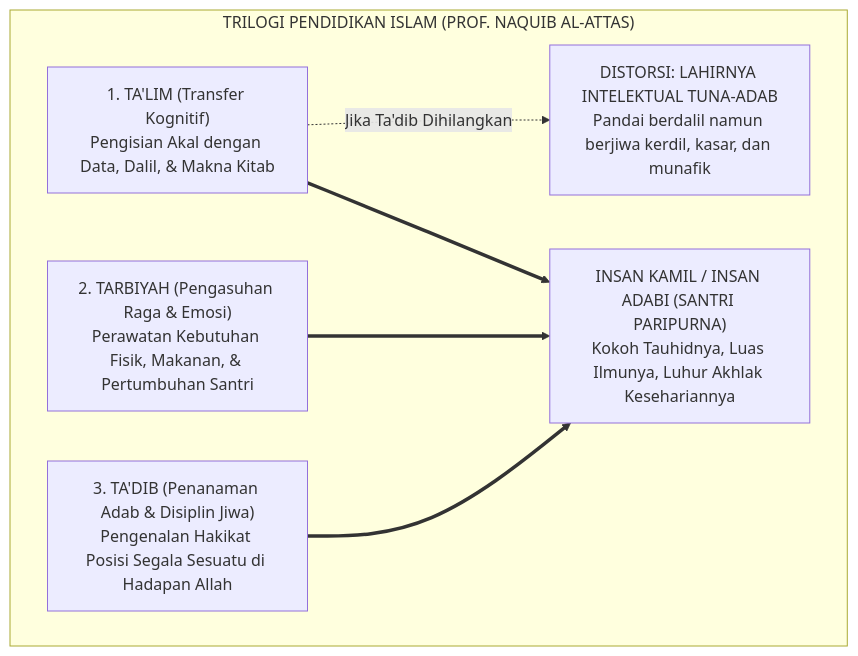
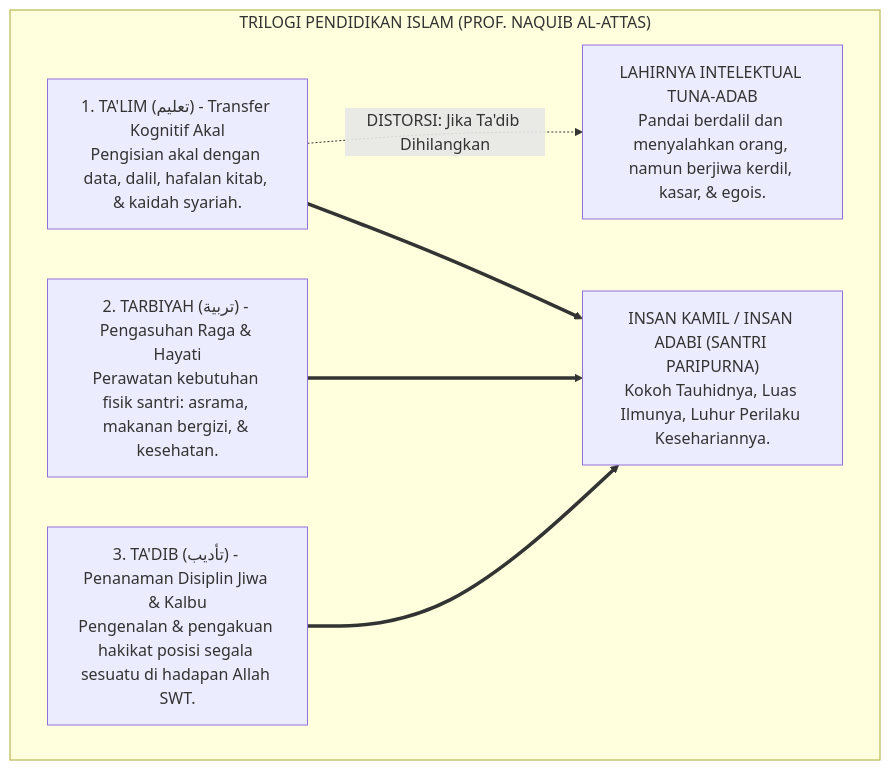
The fourth of 6 diagrams in BOOK-SERIES/Volume-01/Bab-01-Krisis-Karakter-dan-Urgensi-Rekonstruksi/01-Anomali-Pendidikan-Karakter-Tradisional.md (wandiapriliyandi/tumbuh), drawn with Mermaid before and after one commit. The commit also changed other lines of this file, not shown here.

Commit message:
docs(bab-1.1): perjelas secara komprehensif seluruh uraian anatomi sistemik madrasah-asrama, neurosains memori, dan solusi arsitektur TUMBUH

````diff
--- a/BOOK-SERIES/Volume-01/Bab-01-Krisis-Karakter-dan-Urgensi-Rekonstruksi/01-Anomali-Pendidikan-Karakter-Tradisional.md
+++ b/BOOK-SERIES/Volume-01/Bab-01-Krisis-Karakter-dan-Urgensi-Rekonstruksi/01-Anomali-Pendidikan-Karakter-Tradisional.md
@@ -107,11 +132,14 @@
 ```mermaid
 graph TD
     subgraph TrilogiPendidikan["TRILOGI PENDIDIKAN ISLAM (PROF. NAQUIB AL-ATTAS)"]
-        Talim["1. TA'LIM (Transfer Kognitif)<br/>Pengisian Akal dengan Data, Dalil, & Makna Kitab"]
-        Tarbiyah["2. TARBIYAH (Pengasuhan Raga & Emosi)<br/>Perawatan Kebutuhan Fisik, Makanan, & Pertumbuhan Santri"]
-        Tadib["3. TA'DIB (Penanaman Adab & Disiplin Jiwa)<br/>Pengenalan Hakikat Posisi Segala Sesuatu di Hadapan Allah"]
+        Talim["1. TA'LIM (تعليم) - Transfer Kognitif Akal<br/>Pengisian akal dengan data, dalil, hafalan kitab, & kaidah syariah."]
         
-        Talim -.->|"Jika Ta'dib Dihilangkan"| Distorsi["DISTORSI: LAHIRNYA INTELEKTUAL TUNA-ADAB<br/>Pandai berdalil namun berjiwa kerdil, kasar, dan munafik"]
-        Talim & Tarbiyah & Tadib ==> Integrasi["INSAN KAMIL / INSAN ADABI (SANTRI PARIPURNA)<br/>Kokoh Tauhidnya, Luas Ilmunya, Luhur Akhlak Kesehariannya"]
+        Tarbiyah["2. TARBIYAH (تربية) - Pengasuhan Raga & Hayati<br/>Perawatan kebutuhan fisik santri: asrama, makanan bergizi, & kesehatan."]
+        
+        Tadib["3. TA'DIB (تأديب) - Penanaman Disiplin Jiwa & Kalbu<br/>Pengenalan & pengakuan hakikat posisi segala sesuatu di hadapan Allah SWT."]
+        
+        Talim -.->|"DISTORSI: Jika Ta'dib Dihilangkan"| Distorsi["LAHIRNYA INTELEKTUAL TUNA-ADAB<br/>Pandai berdalil dan menyalahkan orang, namun berjiwa kerdil, kasar, & egois."]
+        
+        Talim & Tarbiyah & Tadib ==> Integrasi["INSAN KAMIL / INSAN ADABI (SANTRI PARIPURNA)<br/>Kokoh Tauhidnya, Luas Ilmunya, Luhur Perilaku Kesehariannya."]
     end
 ```
````
